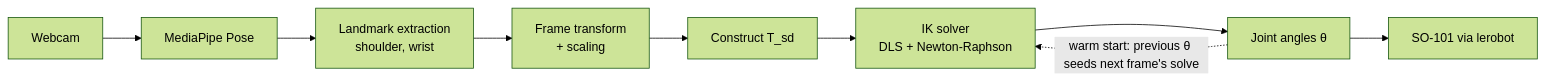
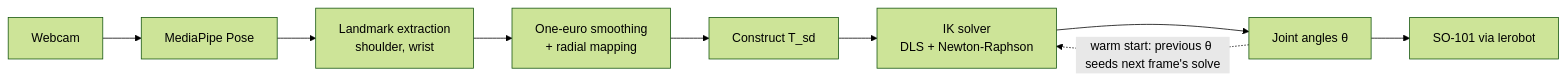
The diagram in DEVLOG.md (jaimelopezruiz/so101-markerless-teleop), drawn with Mermaid (forest theme) before and after one commit. The commit also changed other lines of this file, not shown here.

````diff
--- a/DEVLOG.md
+++ b/DEVLOG.md
@@ -58,11 +58,11 @@
 ```mermaid
 flowchart LR
     A[Webcam] --> B[MediaPipe Pose]
     B --> C[Landmark extraction<br/>shoulder, wrist]
-    C --> D[Frame transform<br/>+ scaling]
+    C --> D[One-euro smoothing<br/>+ radial mapping]
     D --> E[Construct T_sd]
     E --> F[IK solver<br/>DLS + Newton-Raphson]
     F --> G[Joint angles θ]
     G --> H[SO-101 via lerobot]
     G -. "warm start: previous θ seeds next frame's solve" .-> F
 ```
````
